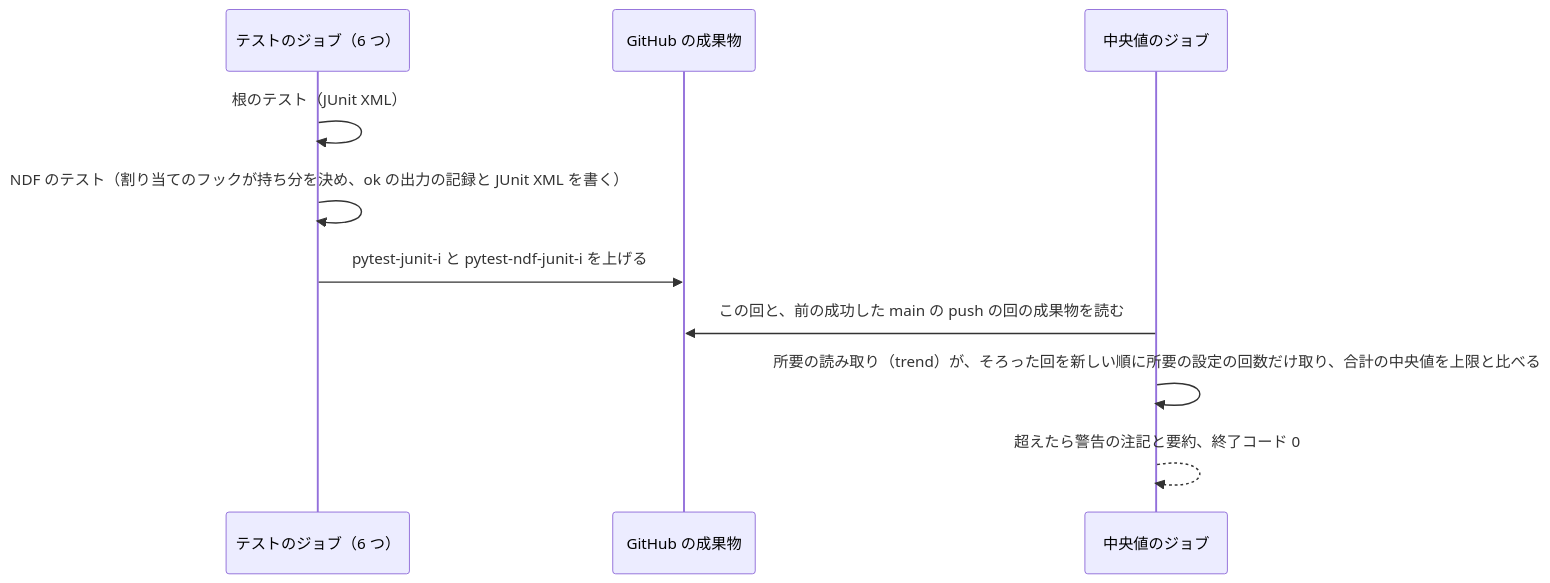
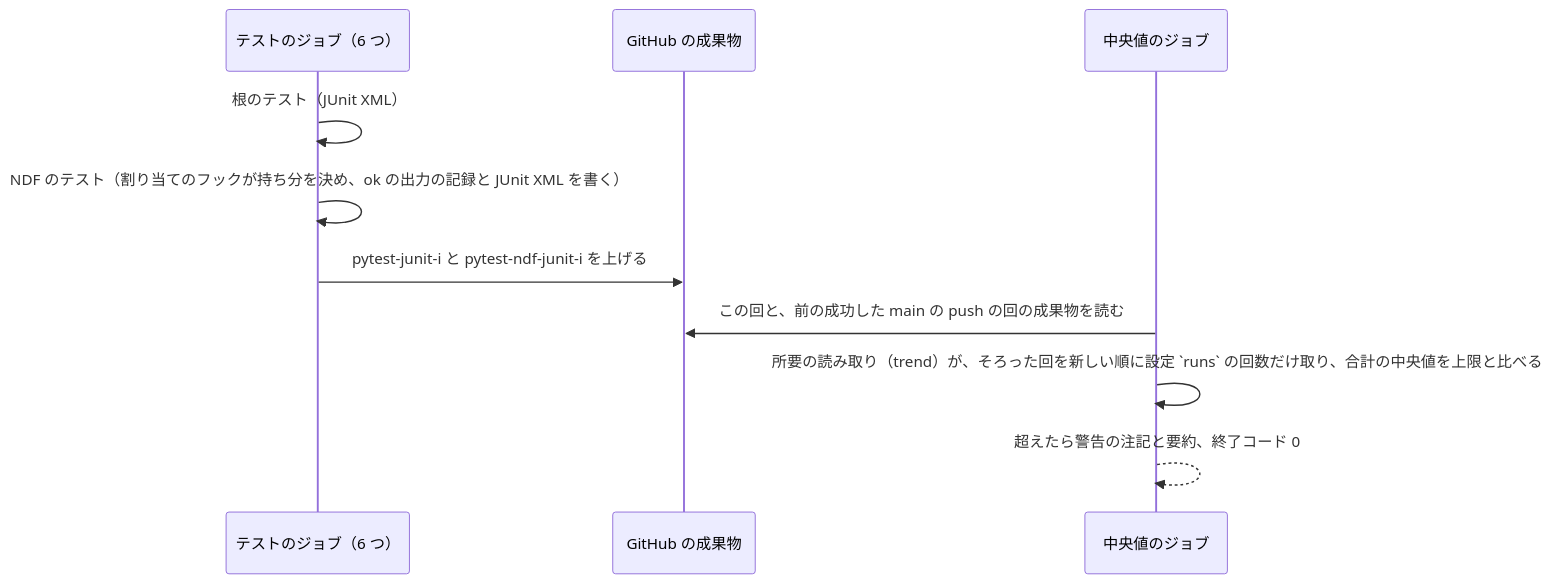
One commit to devbasex/ai-plugins changed the fourth of 4 diagrams in issues/issue-4331-design.md. Above: the diagram before and after it, drawn with Mermaid. The commit also changed other lines of this file, not shown here.

````diff
--- a/issues/issue-4331-design.md
+++ b/issues/issue-4331-design.md
@@ -113,12 +118,12 @@
 ```mermaid
 sequenceDiagram
     participant J as テストのジョブ（6 つ）
     participant G as GitHub の成果物
     participant D as 中央値のジョブ
     J->>J: 根のテスト（JUnit XML）
     J->>J: NDF のテスト（割り当てのフックが持ち分を決め、ok の出力の記録と JUnit XML を書く）
     J->>G: pytest-junit-i と pytest-ndf-junit-i を上げる
     D->>G: この回と、前の成功した main の push の回の成果物を読む
-    D->>D: 所要の読み取り（trend）が、そろった回を新しい順に所要の設定の回数だけ取り、合計の中央値を上限と比べる
+    D->>D: 所要の読み取り（trend）が、そろった回を新しい順に設定 `runs` の回数だけ取り、合計の中央値を上限と比べる
     D-->>D: 超えたら警告の注記と要約、終了コード 0
 ```
````
